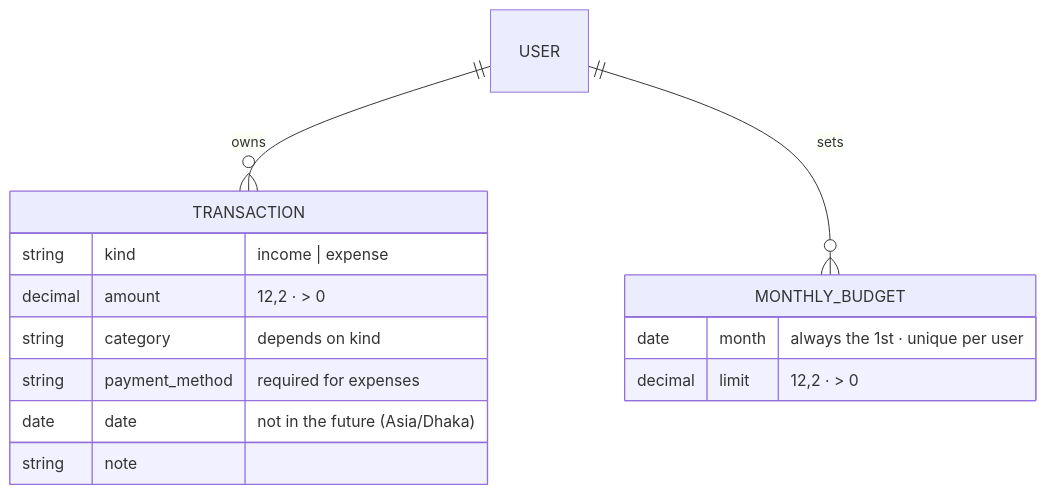
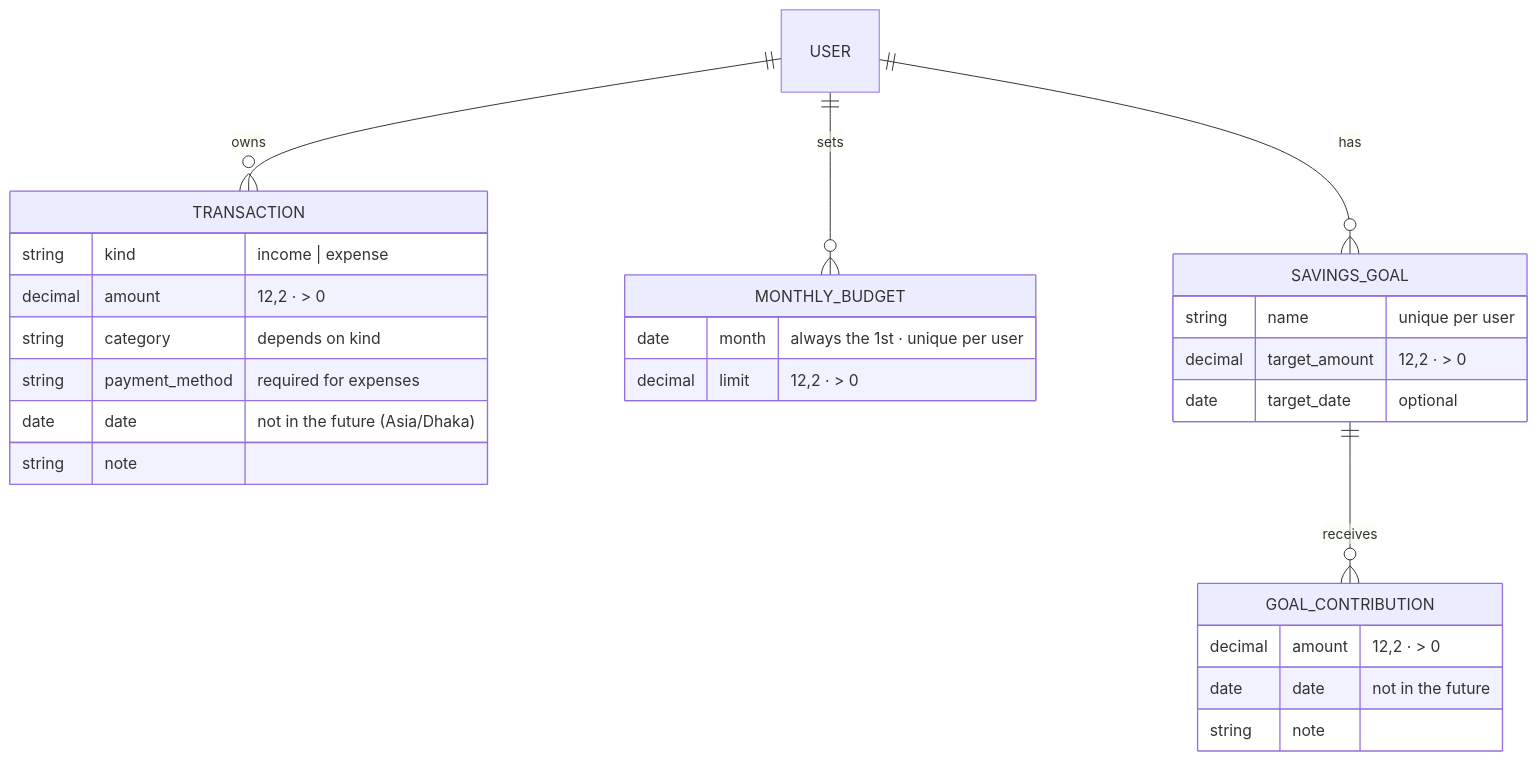
Before and after one commit to nowrinafrinn/Taka-Koi-Gelo-: the second of 2 diagrams in README.md, drawn with Mermaid. The commit also changed other lines of this file and 4 other files, not shown here.

First line of the commit message:
Phase 3 checks: savings-rate note, tap target, owner-page tests, README

````diff
--- a/README.md
+++ b/README.md
@@ -108,17 +112,29 @@
 ```mermaid
 erDiagram
     USER ||--o{ TRANSACTION : owns
     USER ||--o{ MONTHLY_BUDGET : sets
     TRANSACTION {
         string kind "income | expense"
         decimal amount "12,2 · > 0"
         string category "depends on kind"
         string payment_method "required for expenses"
         date date "not in the future (Asia/Dhaka)"
         string note
     }
     MONTHLY_BUDGET {
         date month "always the 1st · unique per user"
         decimal limit "12,2 · > 0"
     }
+    USER ||--o{ SAVINGS_GOAL : has
+    SAVINGS_GOAL ||--o{ GOAL_CONTRIBUTION : receives
+    SAVINGS_GOAL {
+        string name "unique per user"
+        decimal target_amount "12,2 · > 0"
+        date target_date "optional"
+    }
+    GOAL_CONTRIBUTION {
+        decimal amount "12,2 · > 0"
+        date date "not in the future"
+        string note
+    }
 ```
````
